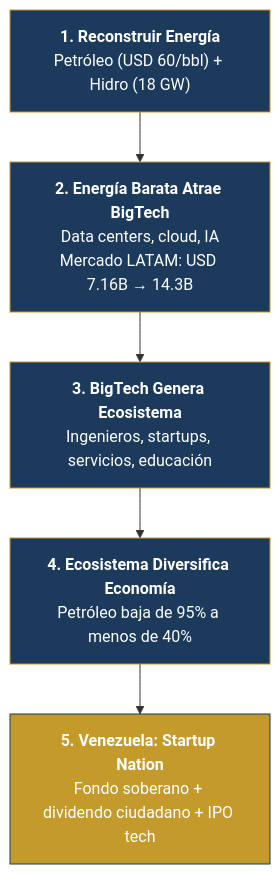
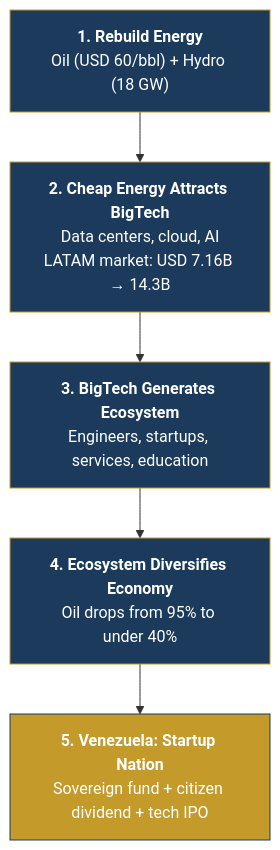
One commit to Venezuela-S-A/venezuela-sa changed the diagram in i18n/en/docusaurus-plugin-content-docs/current/intro.md. Above: the diagram before and after it, drawn with Mermaid. The commit also changed 127 other files, not shown here.

````diff
--- a/i18n/en/docusaurus-plugin-content-docs/current/intro.md
+++ b/i18n/en/docusaurus-plugin-content-docs/current/intro.md
@@ -46,13 +46,13 @@
 ```mermaid
 flowchart TD
-    A["<b>1. Reconstruir Energía</b><br/>Petróleo (USD 60/bbl) + Hidro (18 GW)"] --> B["<b>2. Energía Barata Atrae BigTech</b><br/>Data centers, cloud, IA<br/>Mercado LATAM: USD 7.16B → 14.3B"]
-    B --> C["<b>3. BigTech Genera Ecosistema</b><br/>Ingenieros, startups, servicios, educación"]
-    C --> D["<b>4. Ecosistema Diversifica Economía</b><br/>Petróleo baja de 95% a menos de 40%"]
-    D --> E["<b>5. Venezuela: Startup Nation</b><br/>Fondo soberano + dividendo ciudadano + IPO tech"]
+    A["<b>1. Rebuild Energy</b><br/>Oil (USD 60/bbl) + Hydro (18 GW)"] --> B["<b>2. Cheap Energy Attracts BigTech</b><br/>Data centers, cloud, AI<br/>LATAM market: USD 7.16B → 14.3B"]
+    B --> C["<b>3. BigTech Generates Ecosystem</b><br/>Engineers, startups, services, education"]
+    C --> D["<b>4. Ecosystem Diversifies Economy</b><br/>Oil drops from 95% to under 40%"]
+    D --> E["<b>5. Venezuela: Startup Nation</b><br/>Sovereign fund + citizen dividend + tech IPO"]
 
     style A fill:#1B3A5C,stroke:#C49A2A,color:#fff
     style B fill:#1B3A5C,stroke:#C49A2A,color:#fff
     style C fill:#1B3A5C,stroke:#C49A2A,color:#fff
     style D fill:#1B3A5C,stroke:#C49A2A,color:#fff
     style E fill:#C49A2A,stroke:#1B3A5C,color:#fff
 ```
````
